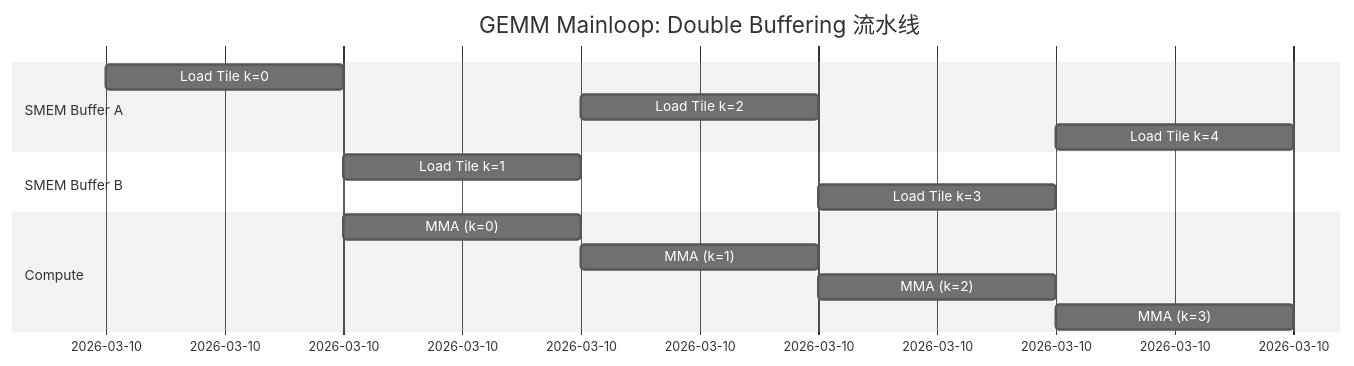
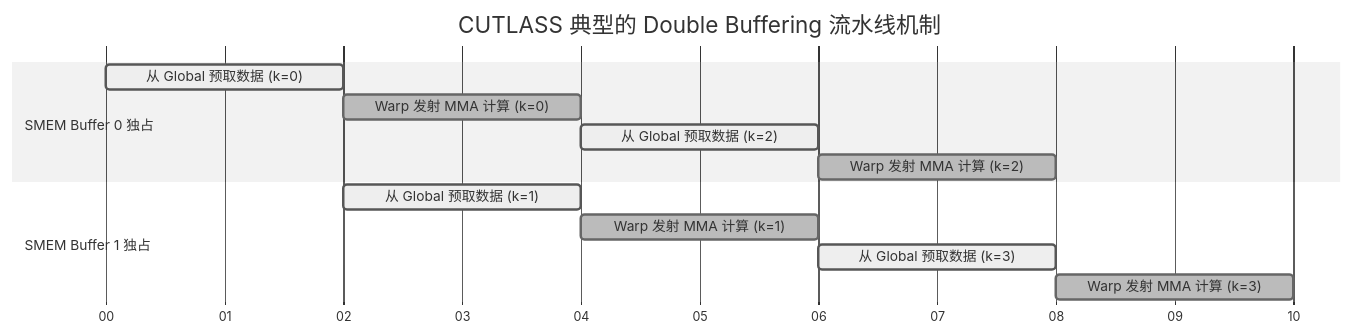
One commit to psmarter/CUDA-Practice changed the first of 2 diagrams in Blogs/14_CUTLASS_TemplateGEMM_CuTe.md. Above: the diagram before and after it, drawn with Mermaid (neutral theme). The commit also changed other lines of this file and 14 other files, not shown here.

````diff
--- a/Blogs/14_CUTLASS_TemplateGEMM_CuTe.md
+++ b/Blogs/14_CUTLASS_TemplateGEMM_CuTe.md
@@ -49,20 +53,18 @@
 ```mermaid
 gantt
     dateFormat s
-    title GEMM Mainloop: Double Buffering 流水线
+    title CUTLASS 典型的 Double Buffering 流水线机制
+    axisFormat %S
+    
+    section SMEM Buffer 0 独占
+    从 Global 预取数据 (k=0) : active, a0, 0, 2s
+    Warp 发射 MMA 计算 (k=0) : done, c0, 2, 2s
+    从 Global 预取数据 (k=2) : active, a2, 4, 2s
+    Warp 发射 MMA 计算 (k=2) : done, c2, 6, 2s
 
-    section SMEM Buffer A
-    Load Tile k=0 :a0, 0, 1s
-    Load Tile k=2 :a2, 2, 1s
-    Load Tile k=4 :a4, 4, 1s
-
-    section SMEM Buffer B
-    Load Tile k=1 :b1, 1, 1s
-    Load Tile k=3 :b3, 3, 1s
-
-    section Compute
-    MMA (k=0) :c0, 1, 1s
-    MMA (k=1) :c1, 2, 1s
-    MMA (k=2) :c2, 3, 1s
-    MMA (k=3) :c3, 4, 1s
+    section SMEM Buffer 1 独占
+    从 Global 预取数据 (k=1) : active, b1, 2, 2s
+    Warp 发射 MMA 计算 (k=1) : done, c1, 4, 2s
+    从 Global 预取数据 (k=3) : active, b3, 6, 2s
+    Warp 发射 MMA 计算 (k=3) : done, c3, 8, 2s
 ```
````
